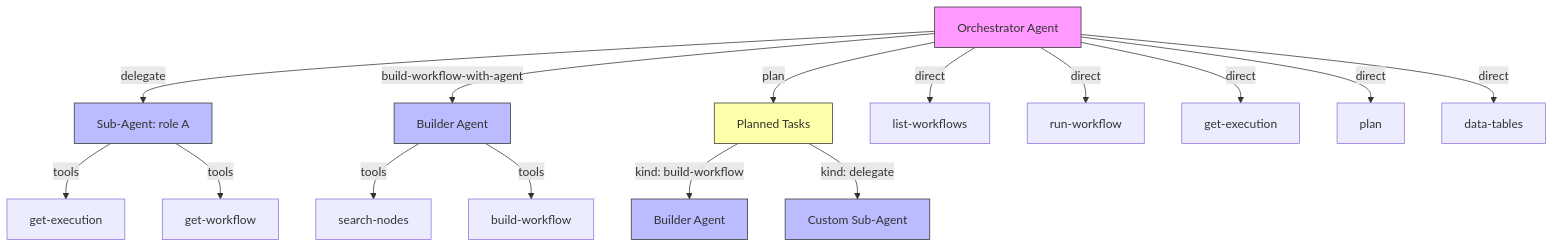
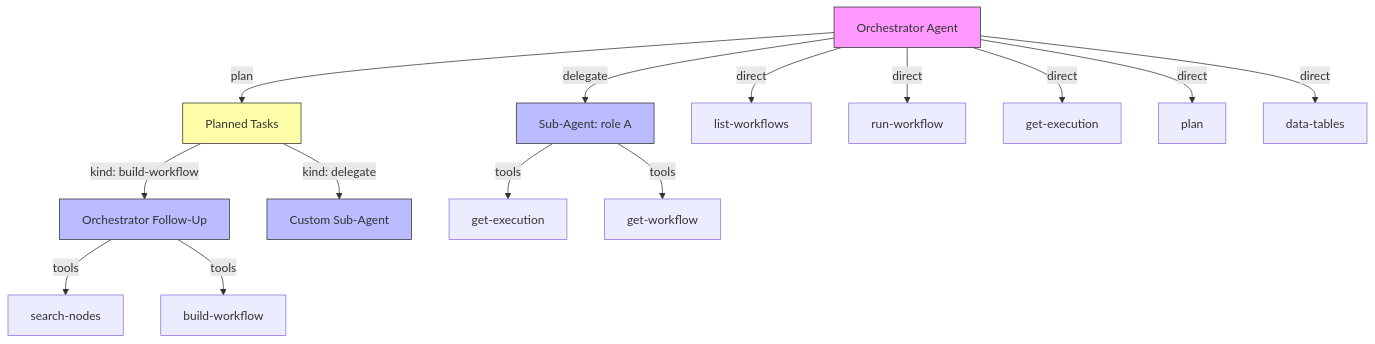
Before and after one commit to ggrace519/n8n: the second of 2 diagrams in packages/@n8n/instance-ai/docs/architecture.md, drawn with Mermaid. The commit also changed other lines of this file and 89 other files, not shown here.

````diff
--- a/packages/@n8n/instance-ai/docs/architecture.md
+++ b/packages/@n8n/instance-ai/docs/architecture.md
@@ -132,26 +132,24 @@
 ```mermaid
 graph TD
     O[Orchestrator Agent] -->|delegate| S1[Sub-Agent: role A]
-    O -->|build-workflow-with-agent| S2[Builder Agent]
     O -->|plan| S3[Planned Tasks]
     O -->|direct| T1[list-workflows]
     O -->|direct| T2[run-workflow]
     O -->|direct| T3[get-execution]
     O -->|direct| T4[plan]
     O -->|direct| T5[data-tables]
 
-    S3 -->|kind: build-workflow| S4[Builder Agent]
+    S3 -->|kind: build-workflow| S4[Orchestrator Follow-Up]
     S3 -->|kind: delegate| S7[Custom Sub-Agent]
 
     S1 -->|tools| T6[get-execution]
     S1 -->|tools| T7[get-workflow]
-    S2 -->|tools| T8[search-nodes]
-    S2 -->|tools| T9[build-workflow]
+    S4 -->|tools| T8[search-nodes]
+    S4 -->|tools| T9[build-workflow]
 
     style O fill:#f9f,stroke:#333
     style S1 fill:#bbf,stroke:#333
-    style S2 fill:#bbf,stroke:#333
     style S3 fill:#ffa,stroke:#333
     style S4 fill:#bbf,stroke:#333
     style S7 fill:#bbf,stroke:#333
 ```
````
